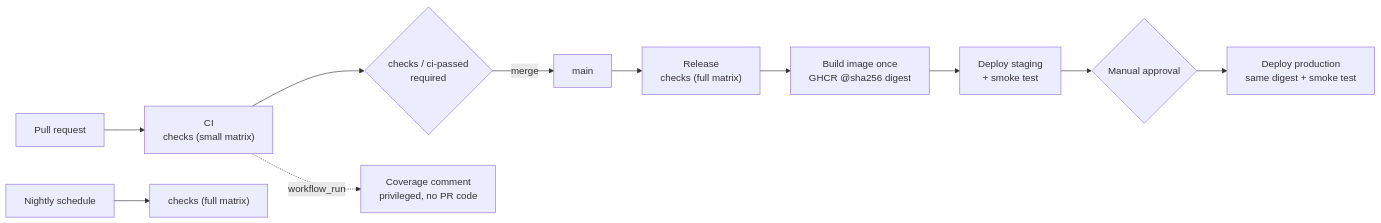
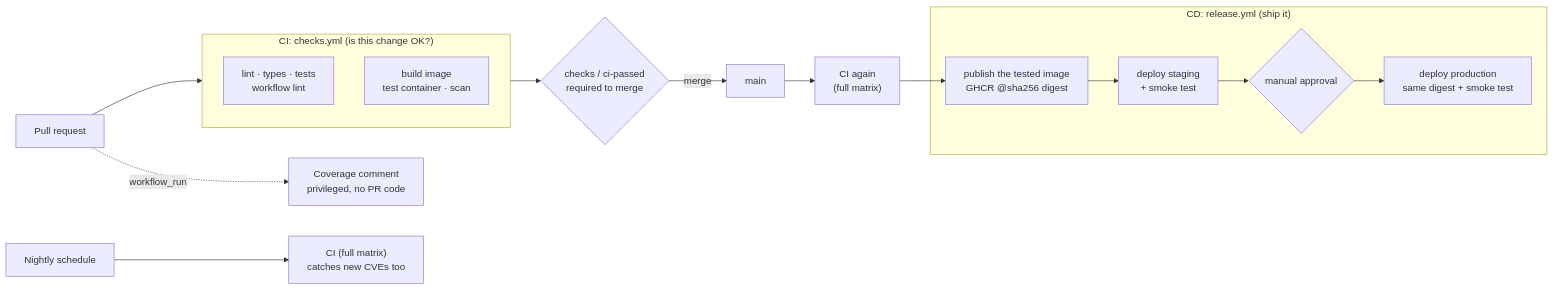
The diagram in README.md (csd5384/taskflow), drawn with Mermaid before and after one commit. The commit also changed other lines of this file and 51 other files, not shown here.

First line of the commit message:
Final pipeline: build and test the image in CI, CD only publishes

````diff
--- a/README.md
+++ b/README.md
@@ -17,13 +18,21 @@
 ```mermaid
 flowchart LR
-    PR[Pull request] --> CI["CI<br/>checks (small matrix)"]
-    CI --> Gate{checks / ci-passed<br/>required}
+    subgraph CI["CI: checks.yml (is this change OK?)"]
+        Code["lint · types · tests<br/>workflow lint"]
+        Img["build image<br/>test container · scan"]
+    end
+    PR[Pull request] --> CI
+    CI --> Gate{checks / ci-passed<br/>required to merge}
     Gate -->|merge| Main[main]
-    CI -. workflow_run .-> Cov[Coverage comment<br/>privileged, no PR code]
-    Main --> Rel["Release<br/>checks (full matrix)"]
-    Rel --> Build["Build image once<br/>GHCR @sha256 digest"]
-    Build --> Stg["Deploy staging<br/>+ smoke test"]
-    Stg --> Appr{Manual approval}
-    Appr --> Prod["Deploy production<br/>same digest + smoke test"]
-    Night[Nightly schedule] --> NC["checks (full matrix)"]
+    PR -. workflow_run .-> Cov[Coverage comment<br/>privileged, no PR code]
+    Main --> CI2["CI again<br/>(full matrix)"]
+    subgraph CD["CD: release.yml (ship it)"]
+        Pub["publish the tested image<br/>GHCR @sha256 digest"]
+        Stg["deploy staging<br/>+ smoke test"]
+        Appr{manual approval}
+        Prod["deploy production<br/>same digest + smoke test"]
+        Pub --> Stg --> Appr --> Prod
+    end
+    CI2 --> Pub
+    Night[Nightly schedule] --> NC["CI (full matrix)<br/>catches new CVEs too"]
 ```
````
